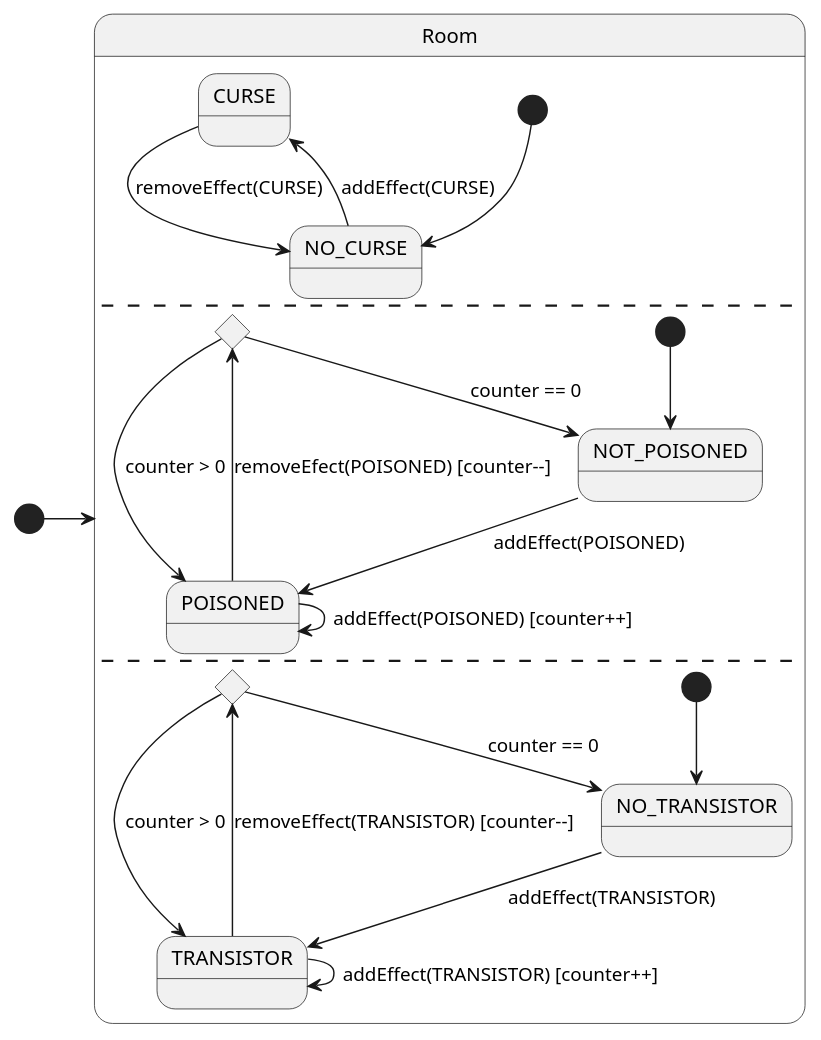
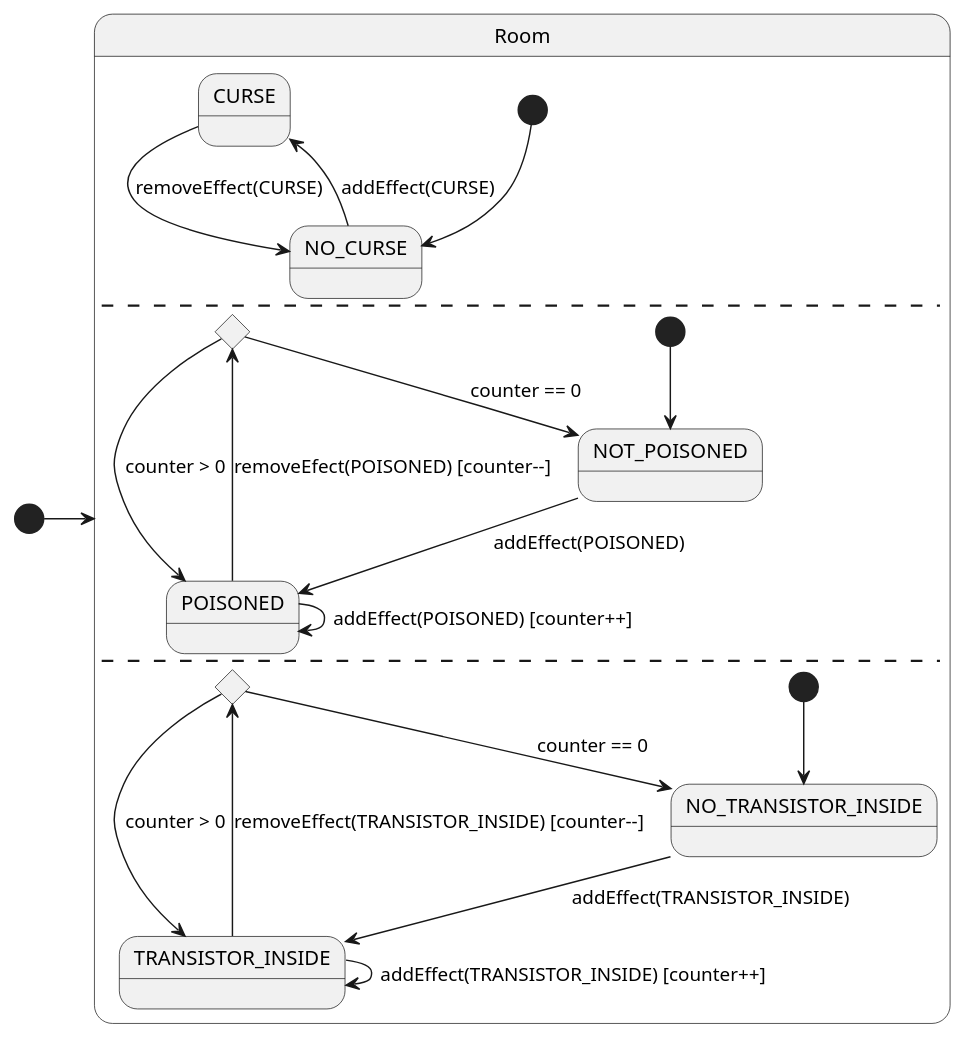
The diagram in room_states.plantuml (MBakter/echo), drawn with PlantUML before and after one commit.

Commit message:
Final stage

```diff
--- a/room_states.plantuml
+++ b/room_states.plantuml
@@ -1,28 +1,28 @@
 @startuml room_states
 
 [*] -> Room
 
 state Room {
     [*] -->  NO_CURSE
     NO_CURSE --> CURSE : addEffect(CURSE)
     CURSE -> NO_CURSE : removeEffect(CURSE)
     --
     state c1 <<choice>>
     [*] --> NOT_POISONED
     NOT_POISONED --> POISONED : addEffect(POISONED)
     POISONED --> POISONED : addEffect(POISONED) [counter++]
     POISONED --> c1 : removeEfect(POISONED) [counter--]
     c1 --> NOT_POISONED : counter == 0
     c1 --> POISONED : counter > 0
     --
     state c2 <<choice>>
-    [*] --> NO_TRANSISTOR
-    NO_TRANSISTOR --> TRANSISTOR : addEffect(TRANSISTOR)
-    TRANSISTOR --> TRANSISTOR : addEffect(TRANSISTOR) [counter++]
-    TRANSISTOR --> c2 : removeEffect(TRANSISTOR) [counter--]
-    c2 --> NO_TRANSISTOR : counter == 0
-    c2 --> TRANSISTOR : counter > 0
+    [*] --> NO_TRANSISTOR_INSIDE
+    NO_TRANSISTOR_INSIDE --> TRANSISTOR_INSIDE : addEffect(TRANSISTOR_INSIDE)
+    TRANSISTOR_INSIDE --> TRANSISTOR_INSIDE : addEffect(TRANSISTOR_INSIDE) [counter++]
+    TRANSISTOR_INSIDE --> c2 : removeEffect(TRANSISTOR_INSIDE) [counter--]
+    c2 --> NO_TRANSISTOR_INSIDE : counter == 0
+    c2 --> TRANSISTOR_INSIDE : counter > 0
 }   
 
 
 @enduml
```
